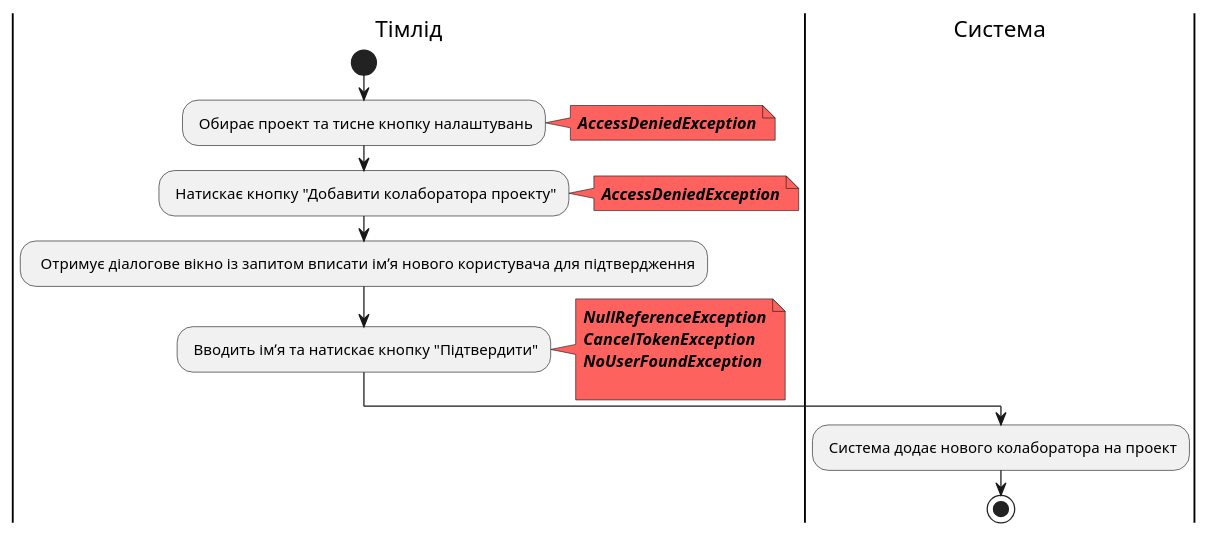
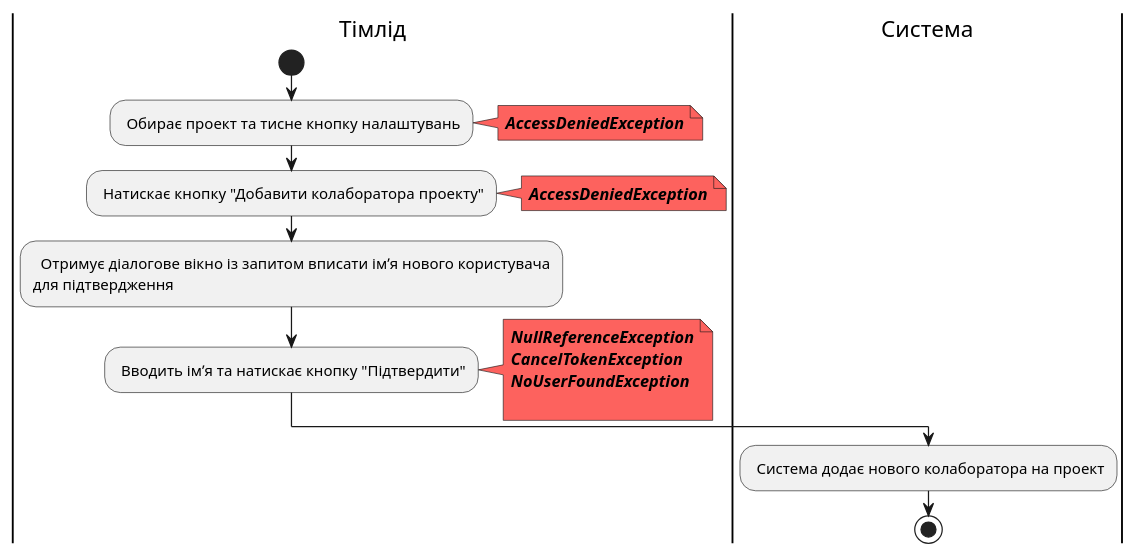
Before and after one commit to stbestichhh/db_project-manager: diagram 16 of 19 in docs/use cases/README.md, drawn with PlantUML. The commit also changed other lines of this file, not shown here.

Commit message:
Fixed diagrams

```diff
--- a/docs/use cases/README.md
+++ b/docs/use cases/README.md
@@ -576,25 +579,26 @@
 @startuml
 |Тімлід|
 start;
 : Обирає проект та тисне кнопку налаштувань; 
 note right #fd625e
 <b><i>AccessDeniedException
 end note 
 : Натискає кнопку "Добавити колаборатора проекту";
 note right #fd625e
 <b><i>AccessDeniedException
 end note
-:  Отримує діалогове вікно із запитом вписати імʼя нового користувача для підтвердження;
+:  Отримує діалогове вікно із запитом вписати імʼя нового користувача 
+для підтвердження;
 : Вводить імʼя та натискає кнопку "Підтвердити";
 note right #fd625e
 <b><i>NullReferenceException
 <b><i>CancelTokenException
 <b><i>NoUserFoundException
 
 end note
 
 |Система|
  : Система додає нового колаборатора на проект; 
 
  stop;  
 @enduml
```
